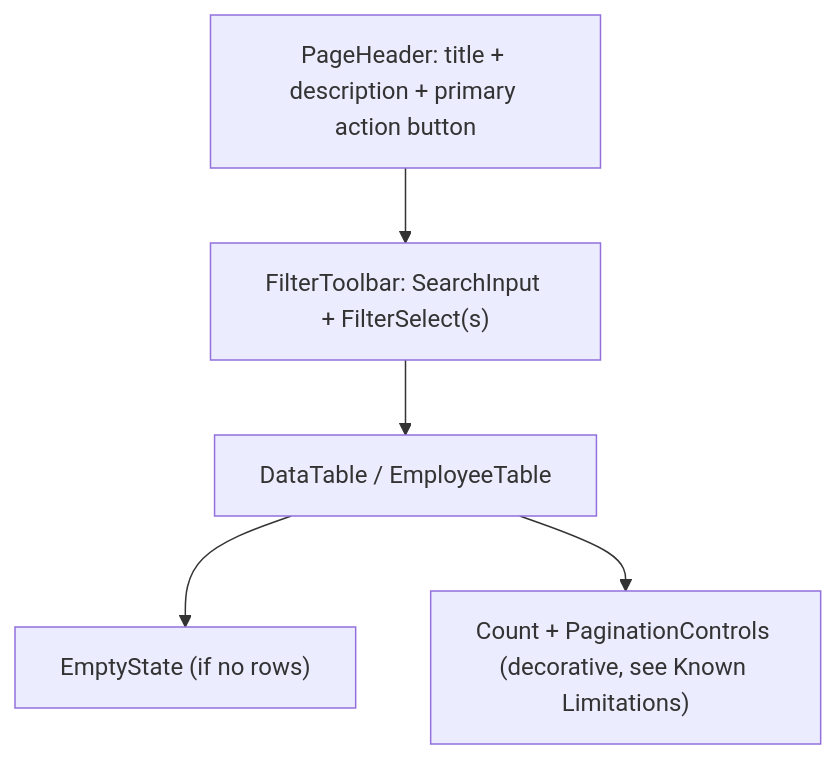
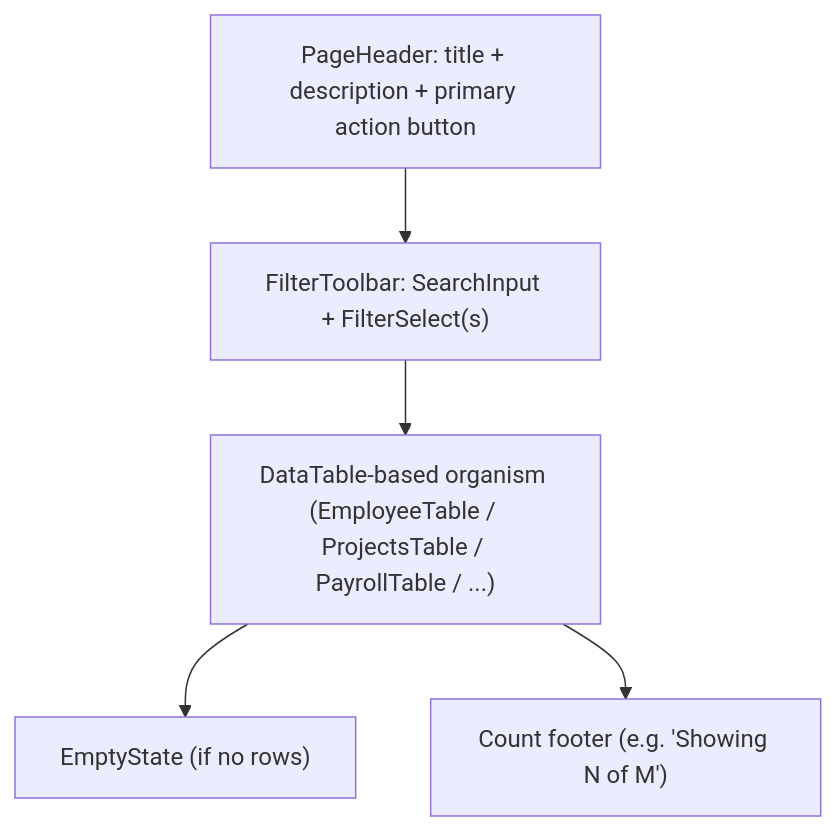
Before and after one commit to techmanion/techmanion-portal: the second of 2 diagrams in docs/Frontend/UI Architecture.md, drawn with Mermaid. The commit also changed other lines of this file and 120 other files, not shown here.

Commit message:
Refactor the frontend and backend to follow better code quality architecture

````diff
--- a/docs/Frontend/UI Architecture.md
+++ b/docs/Frontend/UI Architecture.md
@@ -74,10 +74,10 @@
 ```mermaid
 flowchart TD
     Header["PageHeader: title + description + primary action button"]
     Filters["FilterToolbar: SearchInput + FilterSelect(s)"]
-    Table["DataTable / EmployeeTable"]
+    Table["DataTable-based organism (EmployeeTable / ProjectsTable / PayrollTable / ...)"]
     Empty["EmptyState (if no rows)"]
-    Footer["Count + PaginationControls (decorative, see Known Limitations)"]
+    Footer["Count footer (e.g. 'Showing N of M')"]
     Header --> Filters --> Table --> Empty
     Table --> Footer
 ```
````
